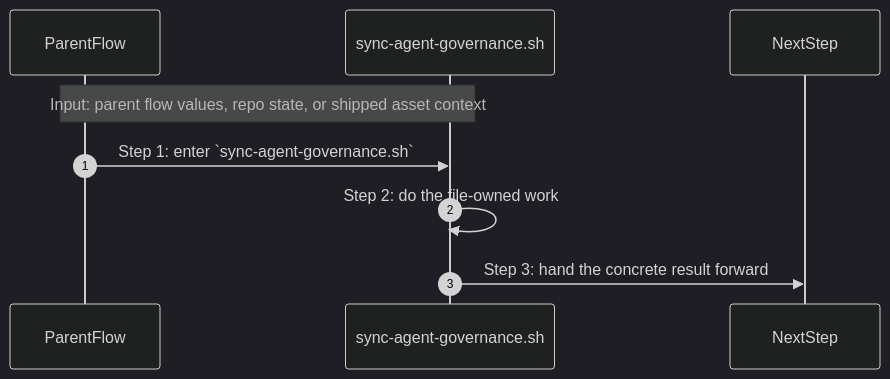
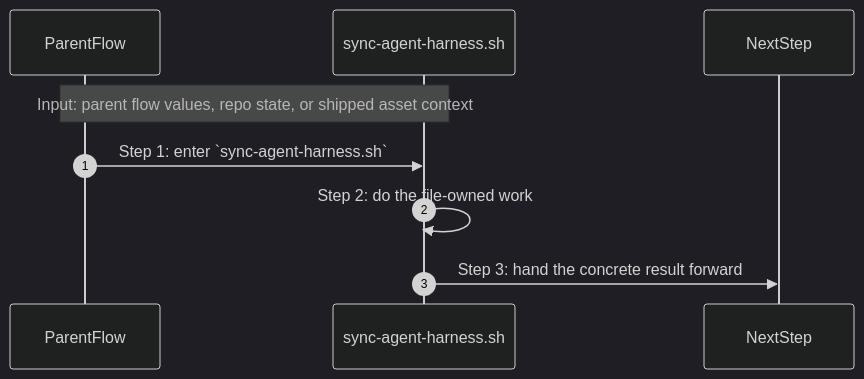
Before and after one commit to shomsy/agent-governance: the third of 3 diagrams in projects/polymoly/system/scripts/governance/how-this-works.md, drawn with Mermaid (dark theme). The commit also changed other lines of this file and 54 other files, not shown here.

Commit message:
Rebrand to Agent Harness, integrate Universal Memory, ProdOps, and Skills system

````diff
--- a/projects/polymoly/system/scripts/governance/how-this-works.md
+++ b/projects/polymoly/system/scripts/governance/how-this-works.md
@@ -97,12 +97,12 @@
 ```mermaid
 sequenceDiagram
     autonumber
     participant Caller as ParentFlow
-    participant File as sync-agent-governance.sh
+    participant File as sync-agent-harness.sh
     participant Next as NextStep
 
     Note over Caller,File: Input: parent flow values, repo state, or shipped asset context
-    Caller->>File: Step 1: enter `sync-agent-governance.sh`
+    Caller->>File: Step 1: enter `sync-agent-harness.sh`
     File->>File: Step 2: do the file-owned work
     File->>Next: Step 3: hand the concrete result forward
 ```
````
